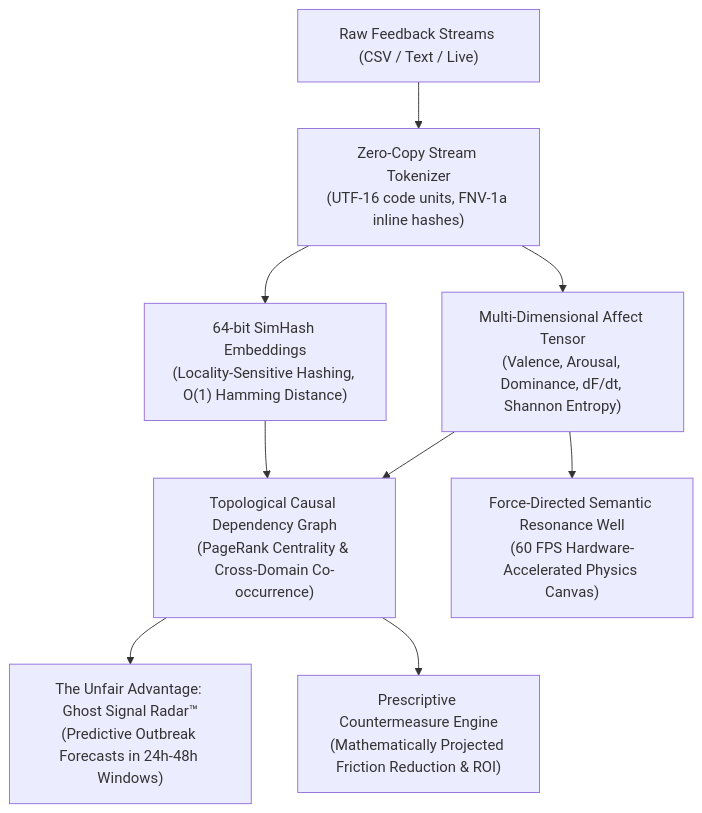
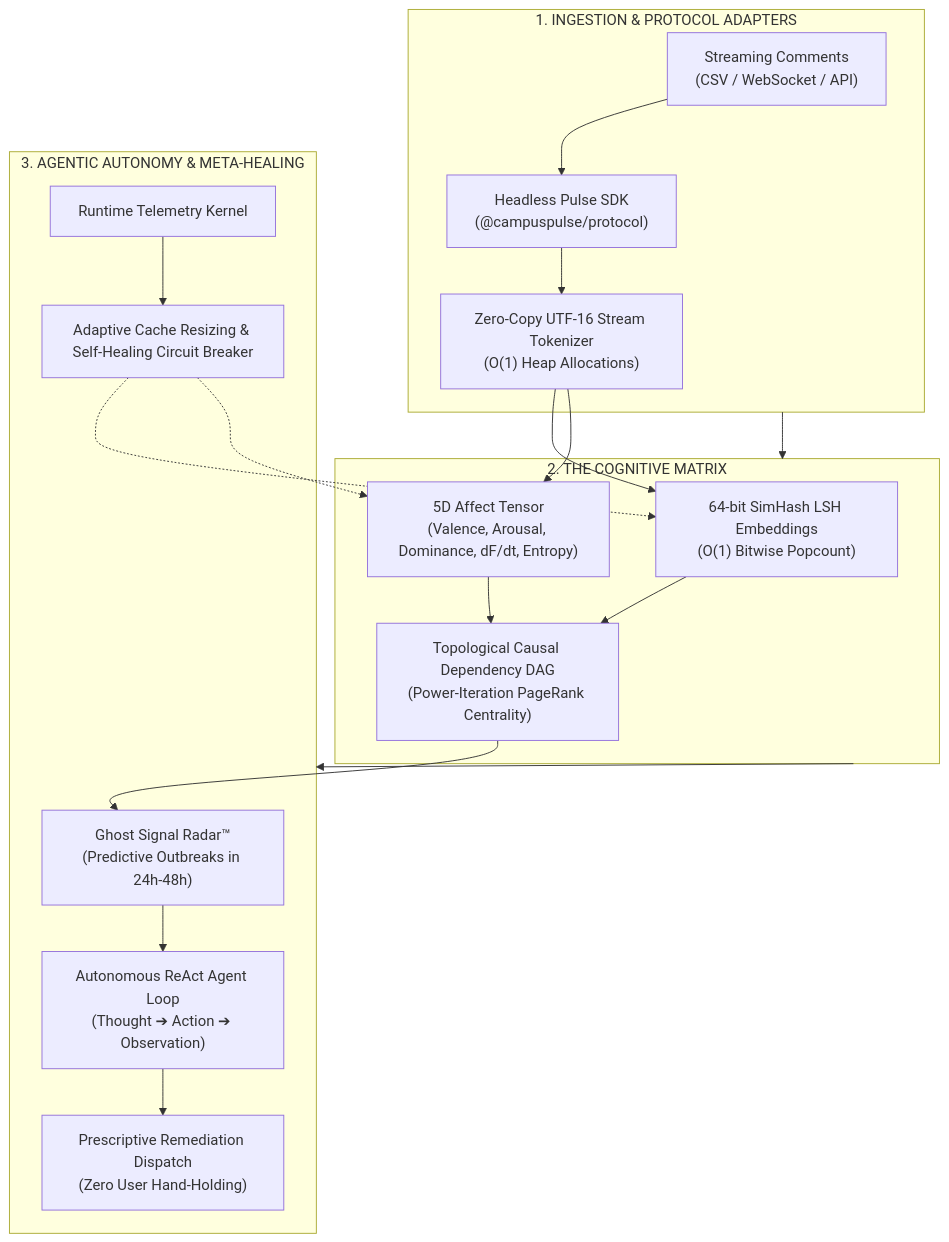
One commit to NotAzie/pulse-protocol changed the diagram in README.md. Above: the diagram before and after it, drawn with Mermaid. The commit also changed other lines of this file and 2 other files, not shown here.

Commit message:
feat(singularity): unify autonomous ecosystem dashboard, self-healing runtime and v2.5.0 protocol release

````diff
--- a/README.md
+++ b/README.md
@@ -12,12 +10,24 @@
 ```mermaid
 flowchart TD
-    Raw["Raw Feedback Streams (CSV / Text / Live)"] --> ZC["Zero-Copy Stream Tokenizer<br/>(UTF-16 code units, FNV-1a inline hashes)"]
-    ZC --> LSH["64-bit SimHash Embeddings<br/>(Locality-Sensitive Hashing, O(1) Hamming Distance)"]
-    ZC --> MAT["Multi-Dimensional Affect Tensor<br/>(Valence, Arousal, Dominance, dF/dt, Shannon Entropy)"]
-    
-    LSH & MAT --> CDG["Topological Causal Dependency Graph<br/>(PageRank Centrality & Cross-Domain Co-occurrence)"]
-    CDG --> GSS["The Unfair Advantage: Ghost Signal Radar™<br/>(Predictive Outbreak Forecasts in 24h-48h Windows)"]
-    CDG --> PCE["Prescriptive Countermeasure Engine<br/>(Mathematically Projected Friction Reduction & ROI)"]
-    
-    MAT --> CANV["Force-Directed Semantic Resonance Well<br/>(60 FPS Hardware-Accelerated Physics Canvas)"]
+    subgraph Layer1["1. INGESTION & PROTOCOL ADAPTERS"]
+        A1["Streaming Comments<br/>(CSV / WebSocket / API)"] --> A2["Headless Pulse SDK<br/>(@campuspulse/protocol)"]
+        A2 --> A3["Zero-Copy UTF-16 Stream Tokenizer<br/>(O(1) Heap Allocations)"]
+    end
+
+    subgraph Layer2["2. THE COGNITIVE MATRIX"]
+        A3 --> B1["64-bit SimHash LSH Embeddings<br/>(O(1) Bitwise Popcount)"]
+        A3 --> B2["5D Affect Tensor<br/>(Valence, Arousal, Dominance, dF/dt, Entropy)"]
+        B1 & B2 --> B3["Topological Causal Dependency DAG<br/>(Power-Iteration PageRank Centrality)"]
+    end
+
+    subgraph Layer3["3. AGENTIC AUTONOMY & META-HEALING"]
+        B3 --> C1["Ghost Signal Radar™<br/>(Predictive Outbreaks in 24h-48h)"]
+        C1 --> C2["Autonomous ReAct Agent Loop<br/>(Thought ➔ Action ➔ Observation)"]
+        C2 --> C3["Prescriptive Remediation Dispatch<br/>(Zero User Hand-Holding)"]
+        
+        M1["Runtime Telemetry Kernel"] --> M2["Adaptive Cache Resizing & Self-Healing Circuit Breaker"]
+        M2 -.-> B1 & B2
+    end
+
+    Layer1 --> Layer2 --> Layer3
 ```
````
